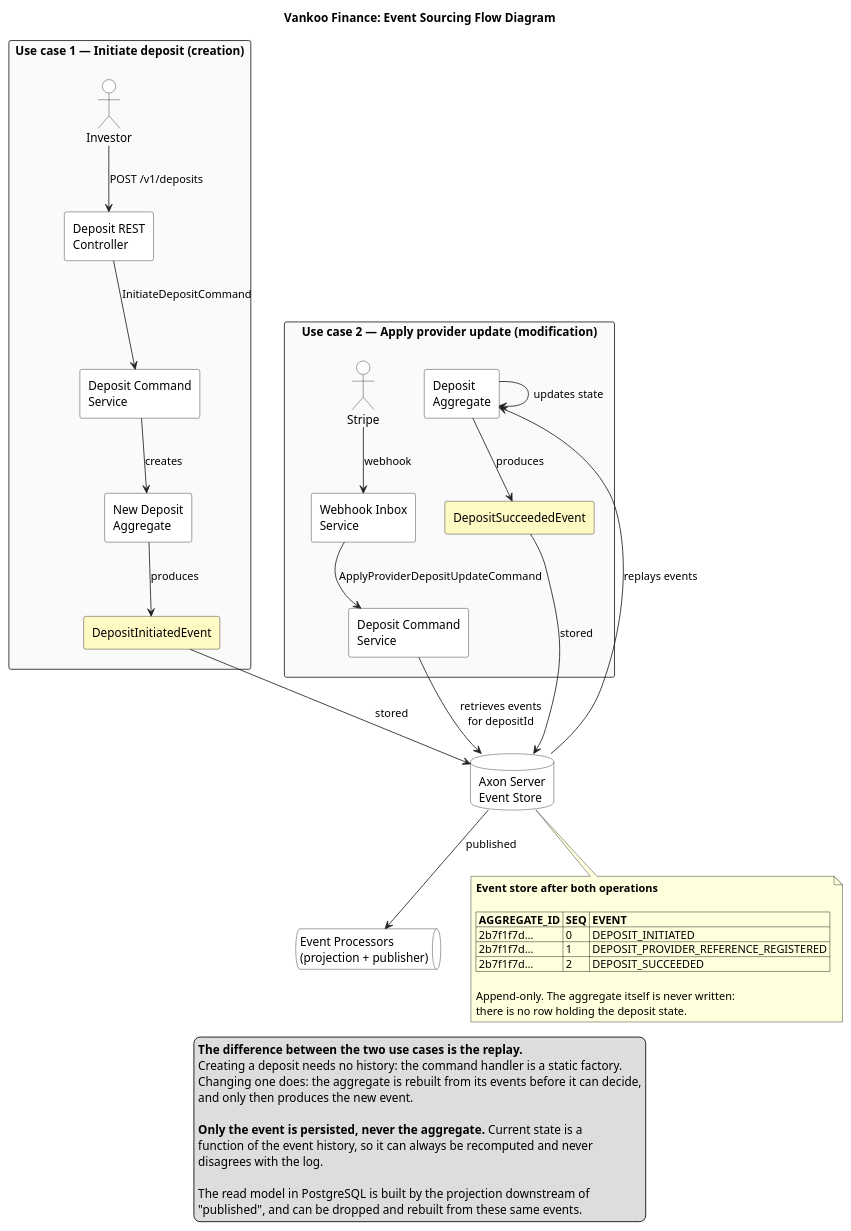
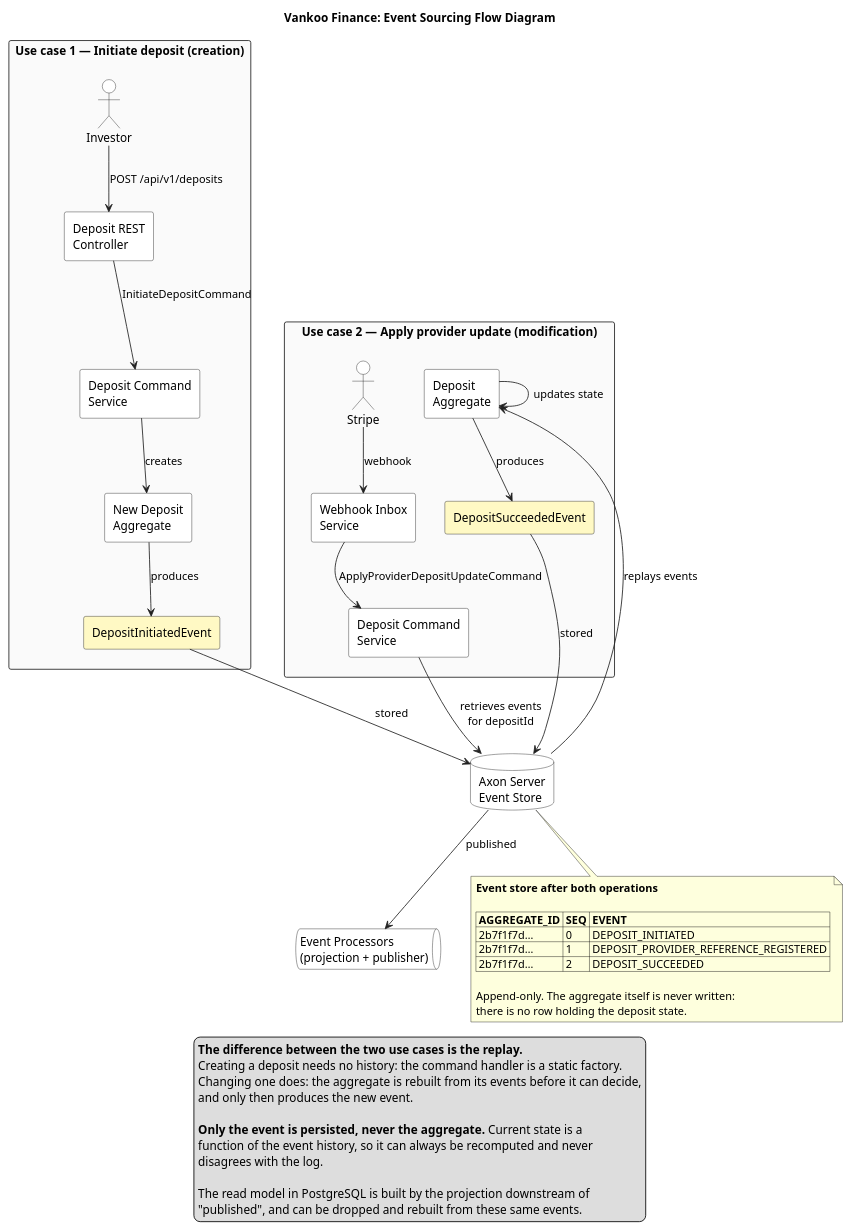
The diagram in docs/uml/finance-event-sourcing-flow-diagram.puml (liquilabshq/vankoo-finance-service), drawn with PlantUML before and after one commit. The commit also changed 16 other files, not shown here.

```diff
--- a/docs/uml/finance-event-sourcing-flow-diagram.puml
+++ b/docs/uml/finance-event-sourcing-flow-diagram.puml
@@ -1,97 +1,97 @@
 @startuml finance-event-sourcing-flow-diagram
 
 title Vankoo Finance: Event Sourcing Flow Diagram
 
 skinparam shadowing false
 skinparam ArrowColor #212121
 skinparam rectangle {
     BorderColor #212121
     BackgroundColor #FFFFFF
 }
 skinparam database {
     BorderColor #212121
     BackgroundColor #FFFFFF
 }
 skinparam queue {
     BorderColor #212121
     BackgroundColor #FFFFFF
 }
 skinparam actor {
     BorderColor #212121
     BackgroundColor #FFFFFF
 }
 
 ' =====================================================================
 ' USE CASE 1 - Creation: no replay, the aggregate is born from a command
 ' =====================================================================
 rectangle "Use case 1 — Initiate deposit (creation)" as uc1 #FAFAFA {
     actor "Investor" as investor
     rectangle "Deposit REST\nController" as api1
     rectangle "Deposit Command\nService" as svc1
     rectangle "New Deposit\nAggregate" as agg1
     rectangle "DepositInitiatedEvent" as ev1 #FFF9C4
 }
 
 ' =====================================================================
 ' USE CASE 2 - Modification: retrieve, replay, decide, produce
 ' =====================================================================
 rectangle "Use case 2 — Apply provider update (modification)" as uc2 #FAFAFA {
     actor "Stripe" as stripe
     rectangle "Webhook Inbox\nService" as inbox2
     rectangle "Deposit Command\nService" as svc2
     rectangle "Deposit\nAggregate" as agg2
     rectangle "DepositSucceededEvent" as ev2 #FFF9C4
 }
 
 database "Axon Server\nEvent Store" as store
 queue "Event Processors\n(projection + publisher)" as processors
 
 ' keep the reading order: use case 1 above use case 2
 uc1 -[hidden]down-> uc2
 
 ' ---------- use case 1 ----------
-investor --> api1 : POST /v1/deposits
+investor --> api1 : POST /api/v1/deposits
 api1 --> svc1 : InitiateDepositCommand
 svc1 --> agg1 : creates
 agg1 --> ev1 : produces
 ev1 --> store : stored
 
 ' ---------- use case 2 ----------
 stripe --> inbox2 : webhook
 inbox2 --> svc2 : ApplyProviderDepositUpdateCommand
 svc2 --> store : retrieves events\nfor depositId
 store --> agg2 : replays events
 agg2 --> agg2 : updates state
 agg2 --> ev2 : produces
 ev2 --> store : stored
 
 ' ---------- shared outcome ----------
 store --> processors : published
 
 note bottom of store
   <b>Event store after both operations</b>
 
   |= AGGREGATE_ID |= SEQ |= EVENT |
   | 2b7f1f7d… | 0 | DEPOSIT_INITIATED |
   | 2b7f1f7d… | 1 | DEPOSIT_PROVIDER_REFERENCE_REGISTERED |
   | 2b7f1f7d… | 2 | DEPOSIT_SUCCEEDED |
 
   Append-only. The aggregate itself is never written:
   there is no row holding the deposit state.
 end note
 
 legend bottom
   <b>The difference between the two use cases is the replay.</b>
   Creating a deposit needs no history: the command handler is a static factory.
   Changing one does: the aggregate is rebuilt from its events before it can decide,
   and only then produces the new event.
 
   <b>Only the event is persisted, never the aggregate.</b> Current state is a
   function of the event history, so it can always be recomputed and never
   disagrees with the log.
 
   The read model in PostgreSQL is built by the projection downstream of
   "published", and can be dropped and rebuilt from these same events.
 endlegend
 
 @enduml
```
